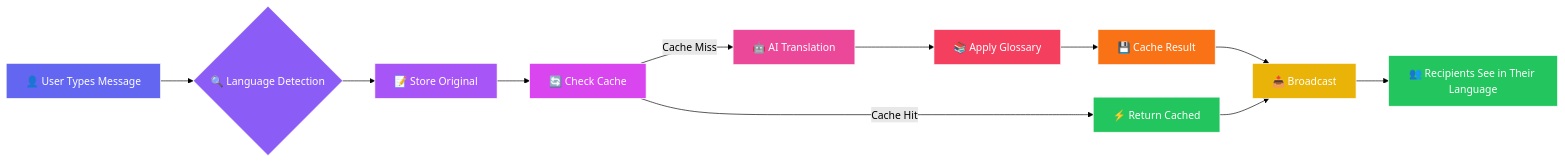
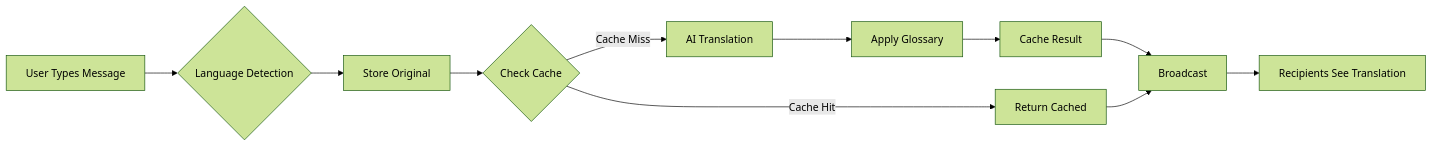
One commit to TejasRawool186/FlowTalk changed the second of 2 diagrams in README.md. Above: the diagram before and after it, drawn with Mermaid (forest theme). The commit also changed other lines of this file and 3 other files, not shown here.

````diff
--- a/README.md
+++ b/README.md
@@ -262,24 +75,13 @@
 ```mermaid
 flowchart LR
-    A[👤 User Types Message] --> B{🔍 Language Detection}
-    B --> C[📝 Store Original]
-    C --> D[🔄 Check Cache]
-    D --> |Cache Hit| E[⚡ Return Cached]
-    D --> |Cache Miss| F[🤖 AI Translation]
-    F --> G[📚 Apply Glossary]
-    G --> H[💾 Cache Result]
-    H --> I[📤 Broadcast]
+    A[User Types Message] --> B{Language Detection}
+    B --> C[Store Original]
+    C --> D{Check Cache}
+    D -->|Cache Hit| E[Return Cached]
+    D -->|Cache Miss| F[AI Translation]
+    F --> G[Apply Glossary]
+    G --> H[Cache Result]
+    H --> I[Broadcast]
     E --> I
-    I --> J[👥 Recipients See in Their Language]
-    
-    style A fill:#6366f1,stroke:#fff,color:#fff
-    style B fill:#8b5cf6,stroke:#fff,color:#fff
-    style C fill:#a855f7,stroke:#fff,color:#fff
-    style D fill:#d946ef,stroke:#fff,color:#fff
-    style E fill:#22c55e,stroke:#fff,color:#fff
-    style F fill:#ec4899,stroke:#fff,color:#fff
-    style G fill:#f43f5e,stroke:#fff,color:#fff
-    style H fill:#f97316,stroke:#fff,color:#fff
-    style I fill:#eab308,stroke:#fff,color:#fff
-    style J fill:#22c55e,stroke:#fff,color:#fff
+    I --> J[Recipients See Translation]
 ```
````
